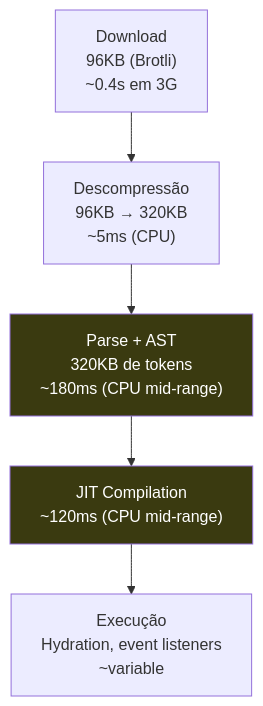
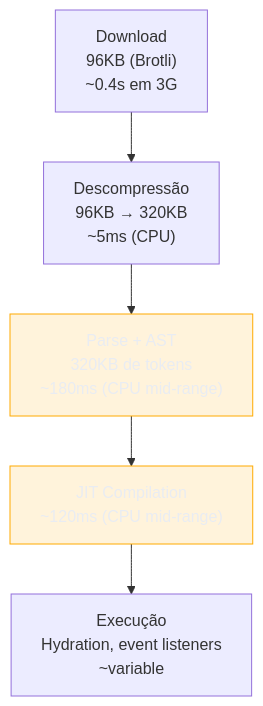
The seventh of 8 diagrams in 03-Dominios/Tecnologia/Tooling e Build/17 - Otimização de bundle.md (josenaldo/codex-technomanticus), drawn with Mermaid before and after one commit. The commit also changed other lines of this file and 1181 other files, not shown here.

First line of the commit message:
fix(diagramas): paleta do sistema no lugar de cor cravada no markdown

````diff
--- a/03-Dominios/Tecnologia/Tooling e Build/17 - Otimização de bundle.md
+++ b/03-Dominios/Tecnologia/Tooling e Build/17 - Otimização de bundle.md
@@ -808,13 +817,14 @@
 ```mermaid
 graph TD
+    classDef destaque fill:#FFAA0024,stroke:#FFAA00,color:#E9ECF2
     DL["Download\n96KB (Brotli)\n~0.4s em 3G"]
     DC["Descompressão\n96KB → 320KB\n~5ms (CPU)"]
     PARSE["Parse + AST\n320KB de tokens\n~180ms (CPU mid-range)"]
     COMPILE["JIT Compilation\n~120ms (CPU mid-range)"]
     EXEC["Execução\nHydration, event listeners\n~variable"]
 
     DL --> DC --> PARSE --> COMPILE --> EXEC
 
-    style PARSE fill:#3a3a10,color:#fff
-    style COMPILE fill:#3a3a10,color:#fff
+    class PARSE destaque
+    class COMPILE destaque
 ```
````
